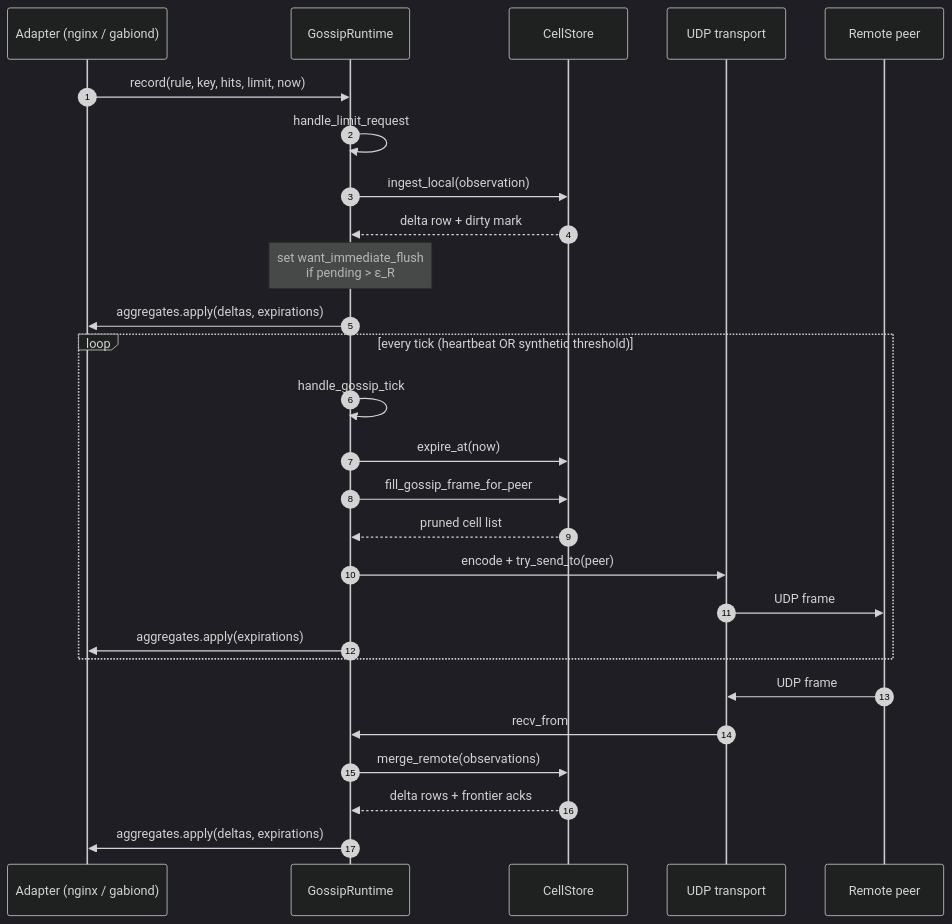
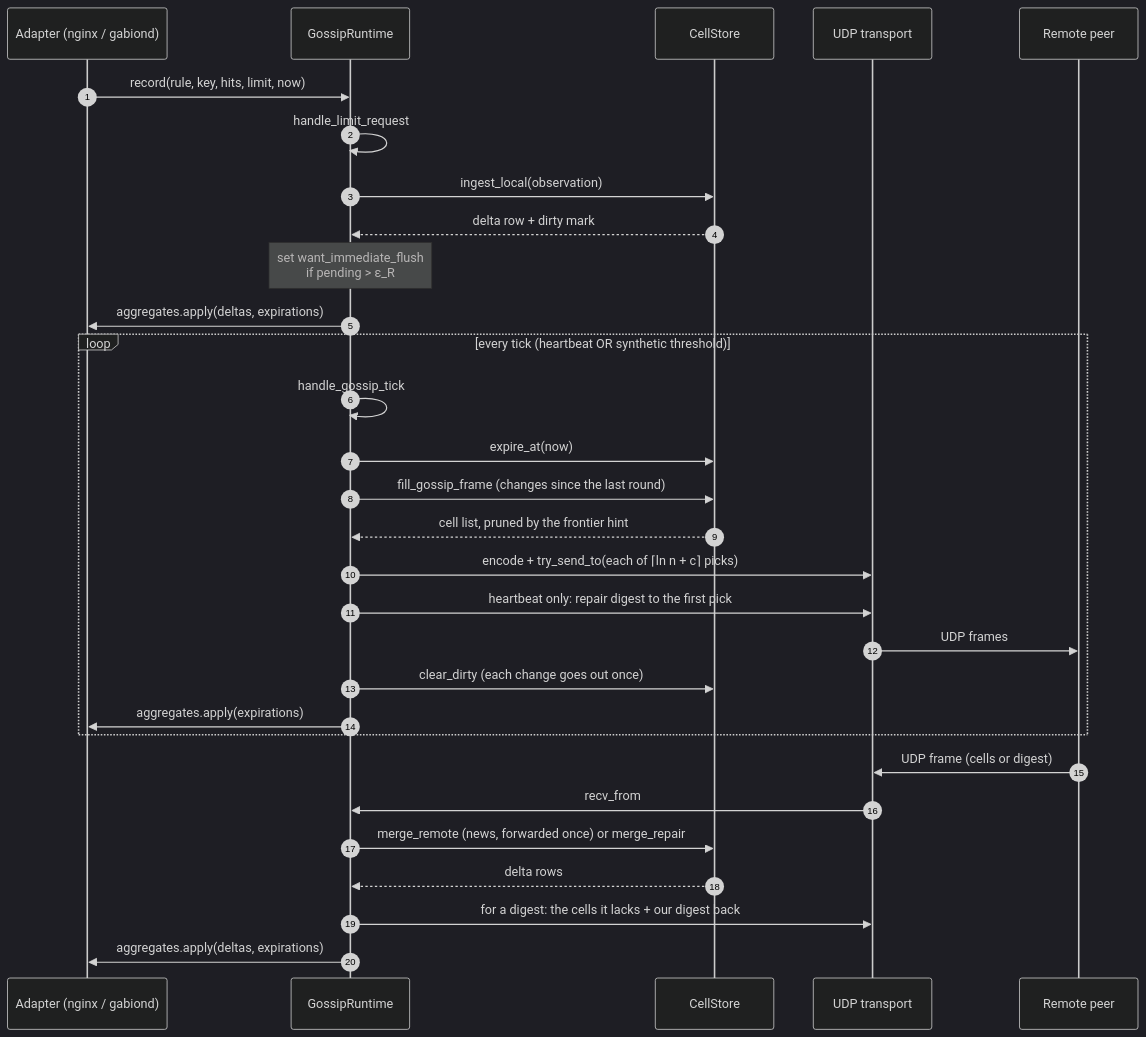
One commit to prosody-events/gabion changed the first of 2 diagrams in crates/gabion/README.md. Above: the diagram before and after it, drawn with Mermaid (dark theme). The commit also changed other lines of this file and 1 other file, not shown here.

First line of the commit message:
docs(gossip): describe forward-once and digest repair outside the design notes

````diff
--- a/crates/gabion/README.md
+++ b/crates/gabion/README.md
@@ -166,32 +166,35 @@
 ```mermaid
 sequenceDiagram
     autonumber
     participant Adapter as Adapter (nginx / gabiond)
     participant Runtime as GossipRuntime
     participant Store as CellStore
     participant Tx as UDP transport
     participant Peer as Remote peer
 
     Adapter->>Runtime: record(rule, key, hits, limit, now)
     Runtime->>Runtime: handle_limit_request
     Runtime->>Store: ingest_local(observation)
     Store-->>Runtime: delta row + dirty mark
     Note over Runtime: set want_immediate_flush<br/>if pending > ε_R
     Runtime->>Adapter: aggregates.apply(deltas, expirations)
 
     loop every tick (heartbeat OR synthetic threshold)
         Runtime->>Runtime: handle_gossip_tick
         Runtime->>Store: expire_at(now)
-        Runtime->>Store: fill_gossip_frame_for_peer
-        Store-->>Runtime: pruned cell list
-        Runtime->>Tx: encode + try_send_to(peer)
-        Tx->>Peer: UDP frame
+        Runtime->>Store: fill_gossip_frame (changes since the last round)
+        Store-->>Runtime: cell list, pruned by the frontier hint
+        Runtime->>Tx: encode + try_send_to(each of ⌈ln n + c⌉ picks)
+        Runtime->>Tx: heartbeat only: repair digest to the first pick
+        Tx->>Peer: UDP frames
+        Runtime->>Store: clear_dirty (each change goes out once)
         Runtime->>Adapter: aggregates.apply(expirations)
     end
 
-    Peer->>Tx: UDP frame
+    Peer->>Tx: UDP frame (cells or digest)
     Tx->>Runtime: recv_from
-    Runtime->>Store: merge_remote(observations)
-    Store-->>Runtime: delta rows + frontier acks
+    Runtime->>Store: merge_remote (news, forwarded once) or merge_repair
+    Store-->>Runtime: delta rows
+    Runtime->>Tx: for a digest: the cells it lacks + our digest back
     Runtime->>Adapter: aggregates.apply(deltas, expirations)
 ```
````
